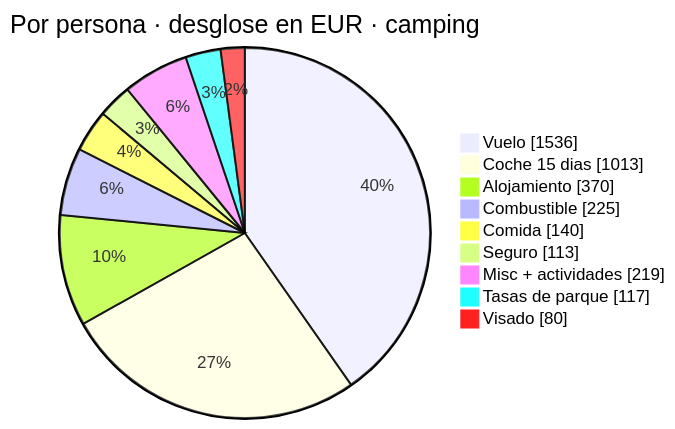
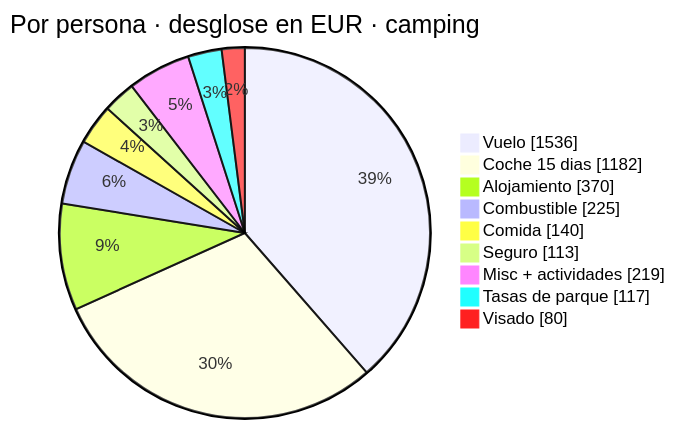
Before and after one commit to morandeirachema/namibia: the third of 6 diagrams in README.md, drawn with Mermaid. The commit also changed other lines of this file and 7 other files, not shown here.

````diff
--- a/README.md
+++ b/README.md
@@ -323,13 +323,13 @@
 ```mermaid
 pie showData
     title Por persona · desglose en EUR · camping
     "Vuelo" : 1536
-    "Coche 15 dias" : 1013
+    "Coche 15 dias" : 1182
     "Alojamiento" : 370
     "Combustible" : 225
     "Comida" : 140
     "Seguro" : 113
     "Misc + actividades" : 219
     "Tasas de parque" : 117
     "Visado" : 80
 ```
````
